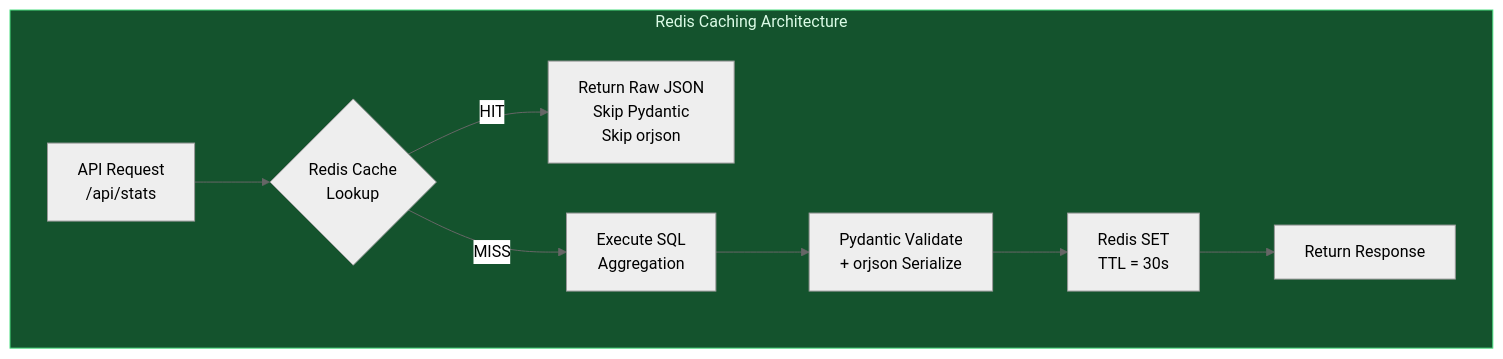
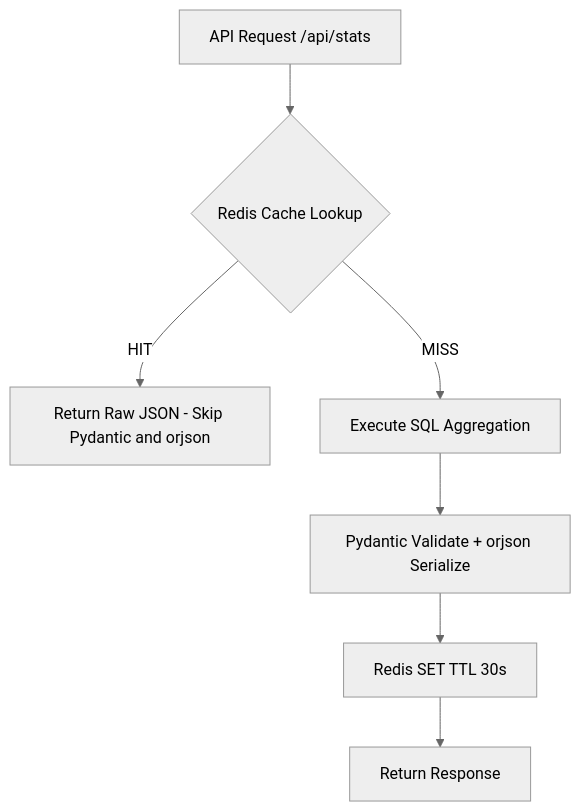
Before and after one commit to tedaks/project: the fifth of 8 diagrams in README.md, drawn with Mermaid (neutral theme). The commit also changed other lines of this file, not shown here.

Commit message:
docs: update Mermaid diagrams for clarity and refine various textual descriptions.

````diff
--- a/README.md
+++ b/README.md
@@ -450,13 +436,9 @@
 ```mermaid
 graph TD
-    subgraph CacheFlow["Redis Caching Architecture"]
-        REQ["API Request<br/>/api/stats"] --> CHECK{"Redis Cache<br/>Lookup"}
-        CHECK -- "HIT" --> RAW["Return Raw JSON<br/>Skip Pydantic<br/>Skip orjson"]
-        CHECK -- "MISS" --> QUERY["Execute SQL<br/>Aggregation"]
-        QUERY --> SERIALIZE["Pydantic Validate<br/>+ orjson Serialize"]
-        SERIALIZE --> STORE["Redis SET<br/>TTL = 30s"]
-        STORE --> RETURN["Return Response"]
-    end
-
-    style CacheFlow fill:#14532d,stroke:#4ade80,color:#dcfce7
+    ReqNode["API Request /api/stats"] --> CacheCheck{"Redis Cache Lookup"}
+    CacheCheck -- "HIT" --> RawReturn["Return Raw JSON - Skip Pydantic and orjson"]
+    CacheCheck -- "MISS" --> SqlQuery["Execute SQL Aggregation"]
+    SqlQuery --> SerializeNode["Pydantic Validate + orjson Serialize"]
+    SerializeNode --> StoreNode["Redis SET TTL 30s"]
+    StoreNode --> ReturnNode["Return Response"]
 ```
````
